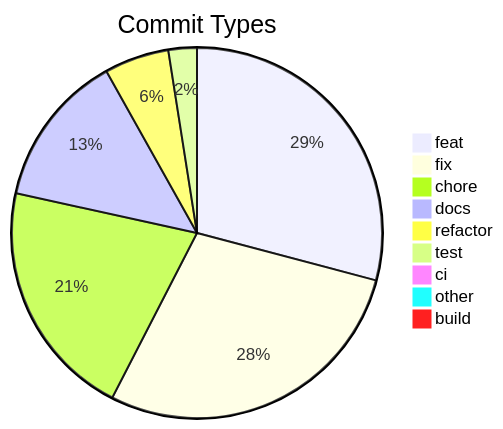
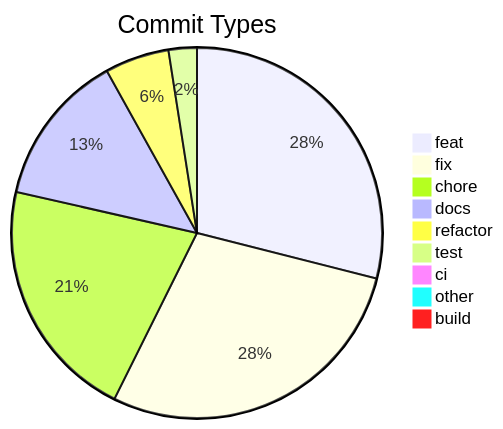
Before and after one commit to svenroth-ai/shipwright: the diagram in .shipwright/compliance/change-history.md, drawn with Mermaid. The commit also changed other lines of this file and 22 other files, not shown here.

````diff
--- a/.shipwright/compliance/change-history.md
+++ b/.shipwright/compliance/change-history.md
@@ -8,12 +8,12 @@
 ```mermaid
 pie title Commit Types
     "feat" : 258
-    "fix" : 252
-    "chore" : 185
+    "fix" : 253
+    "chore" : 189
     "docs" : 119
     "refactor" : 50
     "test" : 22
     "ci" : 7
     "other" : 7
     "build" : 1
 ```
````
